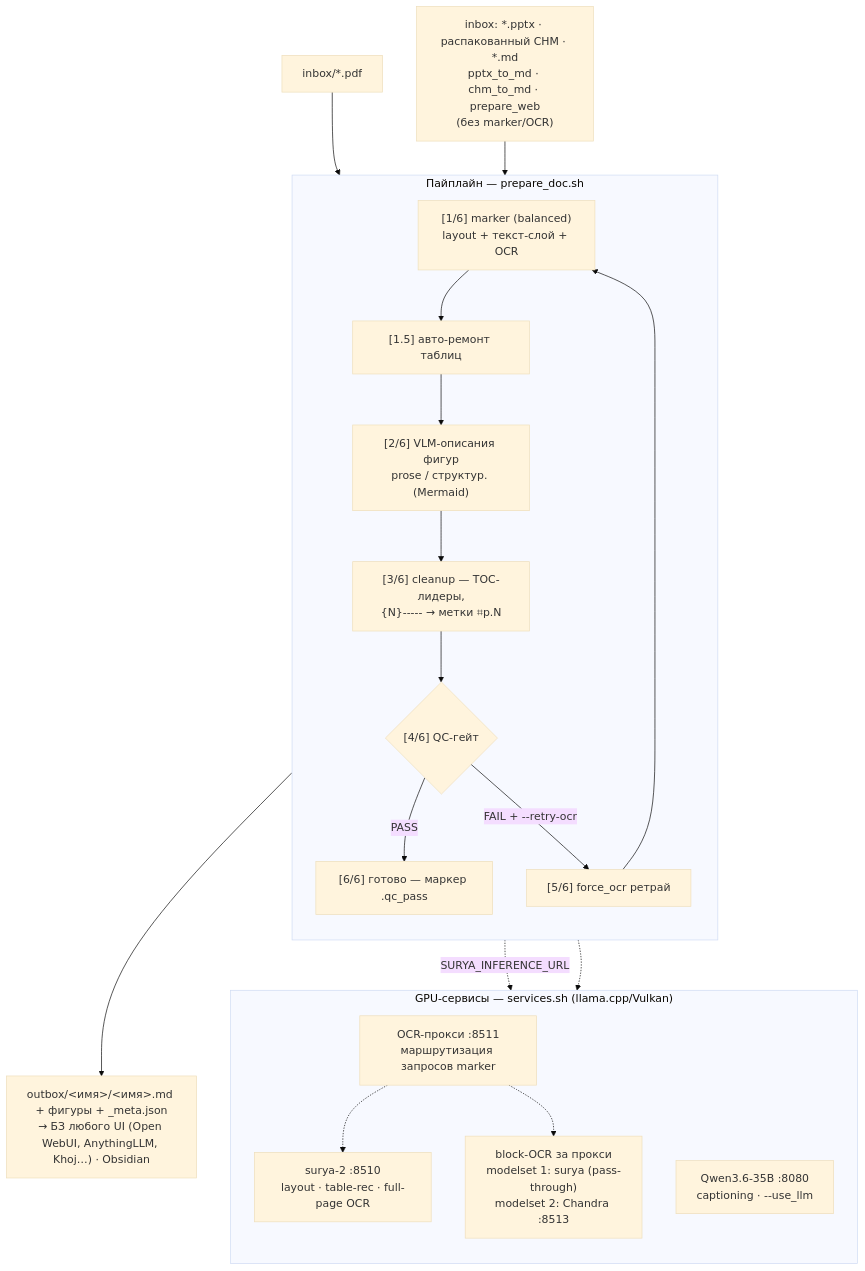
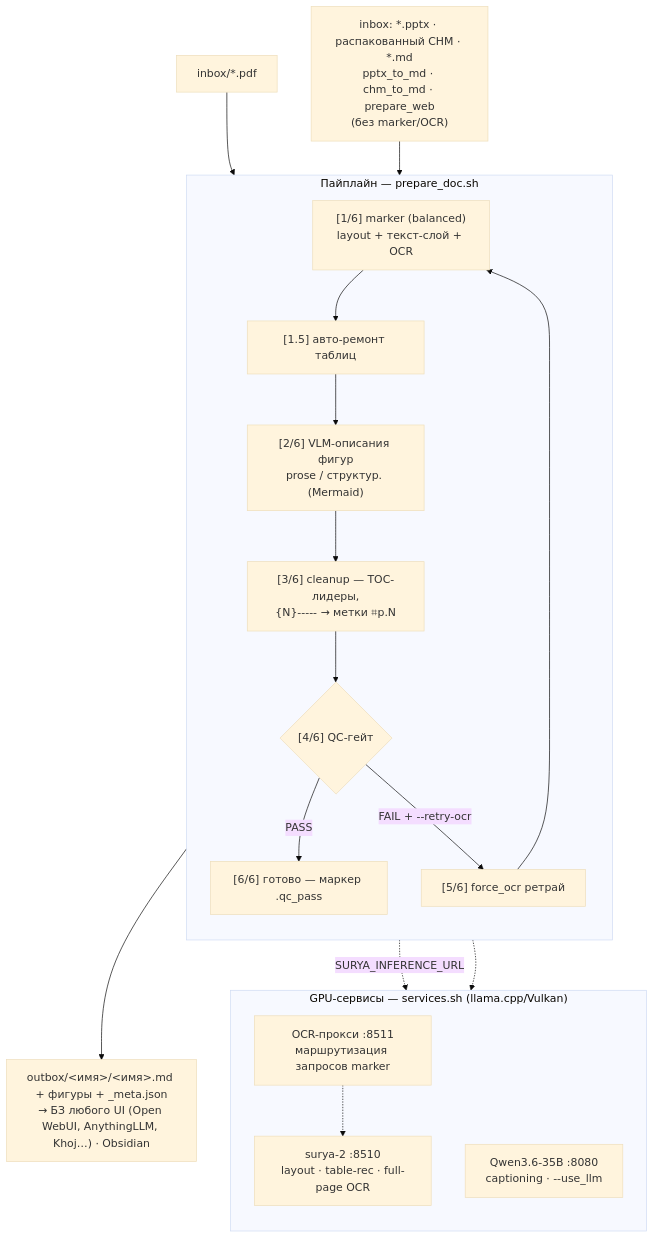
One commit to alexanderlazutkin/docpreparation changed the diagram in README.md. Above: the diagram before and after it, drawn with Mermaid (base theme). The commit also changed other lines of this file, not shown here.

Commit message:
docs: README — мультивход вместо PDF-only (титул/зачем/bullet'ы: PDF+PPTX+CHM+вэб); modelset 2 и Chandra убраны из README (узел BLOCK из архитектуры, компоненты, веса, секция наборов, таблица памяти) — нецелевой после A/B; инфо остаётся в USAGE §2.1/§3.7; mermaid валидна

````diff
--- a/README.md
+++ b/README.md
@@ -56,30 +61,28 @@
 ```mermaid
 flowchart TD
     PDF["inbox/*.pdf"] --> S1
     SIDE["inbox: *.pptx · распакованный CHM · *.md<br/>pptx_to_md · chm_to_md · prepare_web<br/>(без marker/OCR)"] --> S2
 
     subgraph pipeline["Пайплайн — prepare_doc.sh"]
         direction TB
         S1["[1/6] marker (balanced)<br/>layout + текст-слой + OCR"] --> S15
         S15["[1.5] авто-ремонт таблиц"] --> S2
         S2["[2/6] VLM-описания фигур<br/>prose / структур. (Mermaid)"] --> S3
         S3["[3/6] cleanup — TOC-лидеры,<br/>{N}----- → метки ⌗p.N"] --> S4
         S4{"[4/6] QC-гейт"} -->|PASS| S6["[6/6] готово — маркер .qc_pass"]
         S4 -->|FAIL + --retry-ocr| S5["[5/6] force_ocr ретрай"] --> S1
     end
 
     subgraph services["GPU-сервисы — services.sh (llama.cpp/Vulkan)"]
         direction TB
         SURYA["surya-2 :8510<br/>layout · table-rec · full-page OCR"]
         PROXY["OCR-прокси :8511<br/>маршрутизация запросов marker"]
-        BLOCK["block-OCR за прокси<br/>modelset 1: surya (pass-through)<br/>modelset 2: Chandra :8513"]
         LLM["Qwen3.6-35B :8080<br/>captioning · --use_llm"]
     end
 
     S1 -. "SURYA_INFERENCE_URL" .-> PROXY
     PROXY -.-> SURYA
-    PROXY -.-> BLOCK
     S2 -.-> LLM
 
     S6 --> OUT["outbox/&lt;имя&gt;/&lt;имя&gt;.md + фигуры + _meta.json<br/>→ БЗ любого UI (Open WebUI, AnythingLLM, Khoj…) · Obsidian"]
 ```
````
